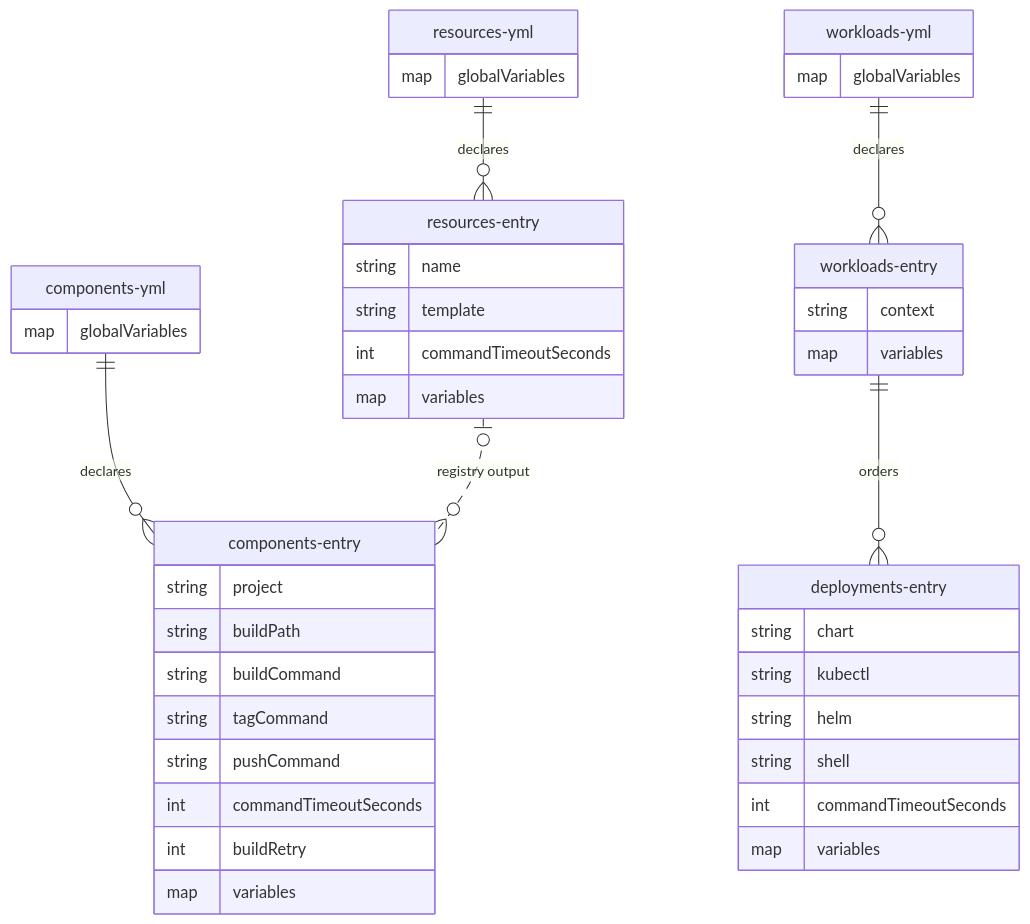
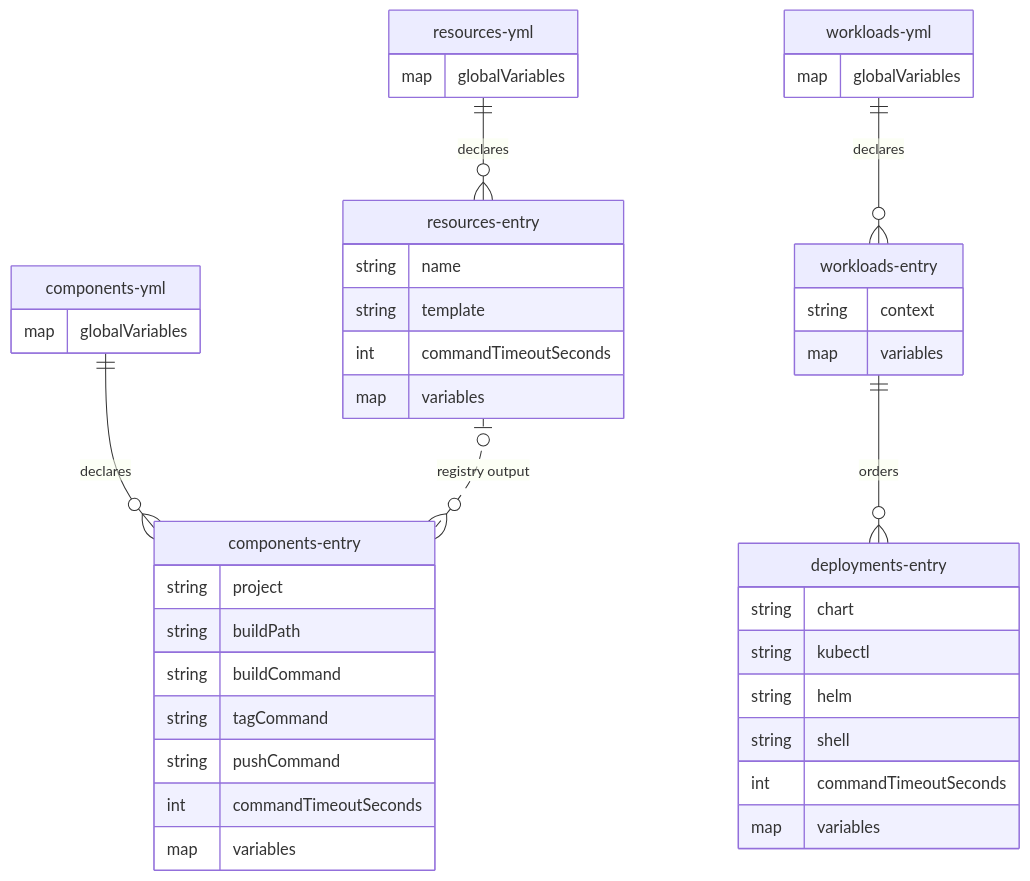
One commit to alissonsol/yuruna changed the second of 3 diagrams in docs/design/05-data-model.md. Above: the diagram before and after it, drawn with Mermaid. The commit also changed other lines of this file and 1545 other files, not shown here.

````diff
--- a/docs/design/05-data-model.md
+++ b/docs/design/05-data-model.md
@@ -81,45 +81,44 @@
 ```mermaid
 erDiagram
     resources-yml ||--o{ resources-entry : declares
     components-yml ||--o{ components-entry : declares
     workloads-yml ||--o{ workloads-entry : declares
     workloads-entry ||--o{ deployments-entry : orders
     resources-entry |o..o{ components-entry : "registry output"
     resources-yml {
         map globalVariables
     }
     resources-entry {
         string name
         string template
         int commandTimeoutSeconds
         map variables
     }
     components-yml {
         map globalVariables
     }
     components-entry {
         string project
         string buildPath
         string buildCommand
         string tagCommand
         string pushCommand
         int commandTimeoutSeconds
-        int buildRetry
         map variables
     }
     workloads-yml {
         map globalVariables
     }
     workloads-entry {
         string context
         map variables
     }
     deployments-entry {
         string chart
         string kubectl
         string helm
         string shell
         int commandTimeoutSeconds
         map variables
     }
 ```
````
